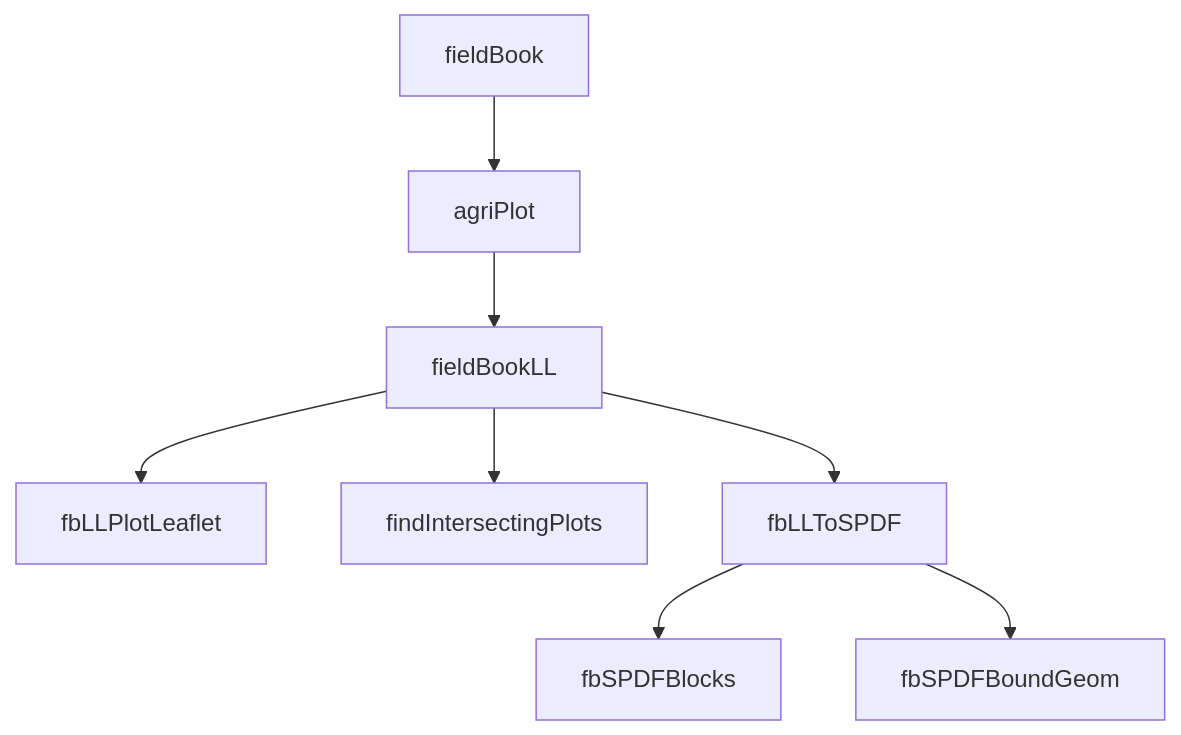
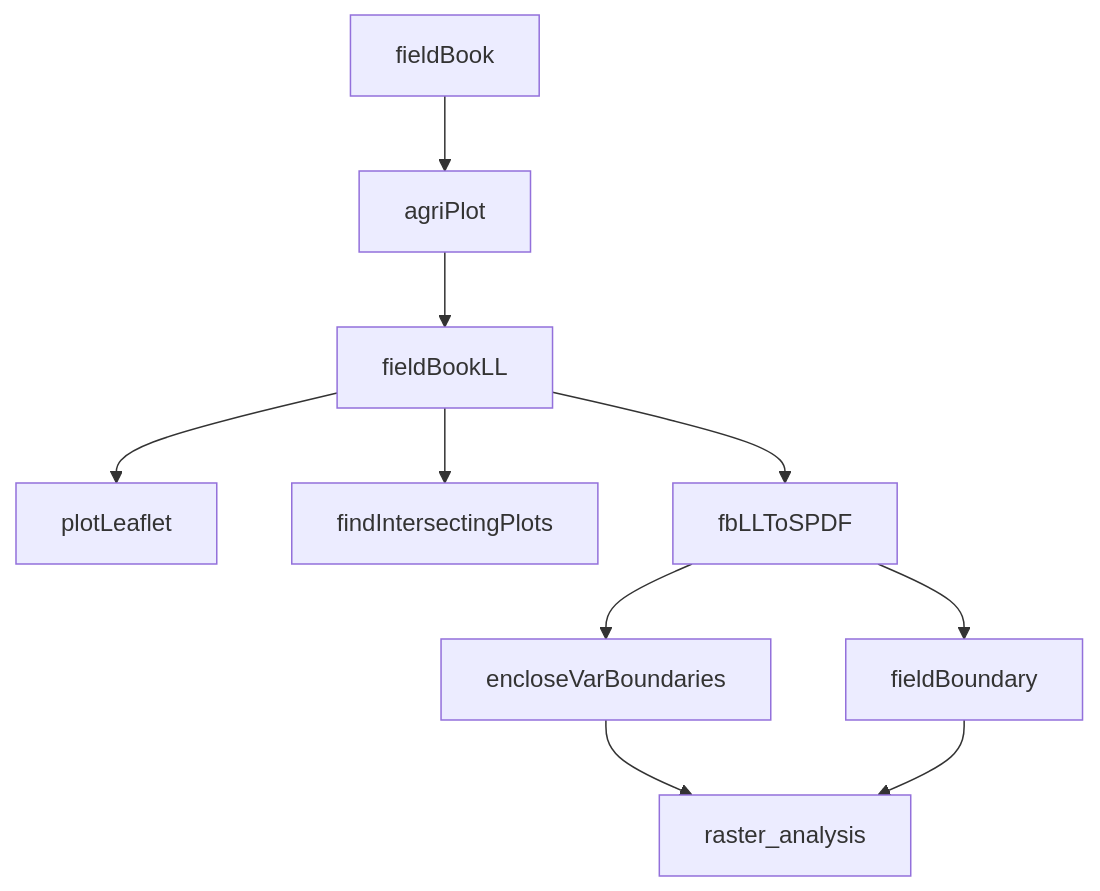
Before and after one commit to cb-agr/agriPlot: the diagram in README.md, drawn with Mermaid. The commit also changed other lines of this file, not shown here.

````diff
--- a/README.md
+++ b/README.md
@@ -23,10 +23,13 @@
 ```mermaid
 graph TD;
 fieldBook -->agriPlot;
 agriPlot -->fieldBookLL;
-fieldBookLL --> fbLLPlotLeaflet;
+fieldBookLL --> plotLeaflet;
 fieldBookLL --> findIntersectingPlots;
 fieldBookLL --> fbLLToSPDF;
-fbLLToSPDF --> fbSPDFBlocks;
-fbLLToSPDF --> fbSPDFBoundGeom;
+fbLLToSPDF --> encloseVarBoundaries;
+fbLLToSPDF --> fieldBoundary;
+encloseVarBoundaries --> raster_analysis;
+fieldBoundary --> raster_analysis;
+
 ```
````
